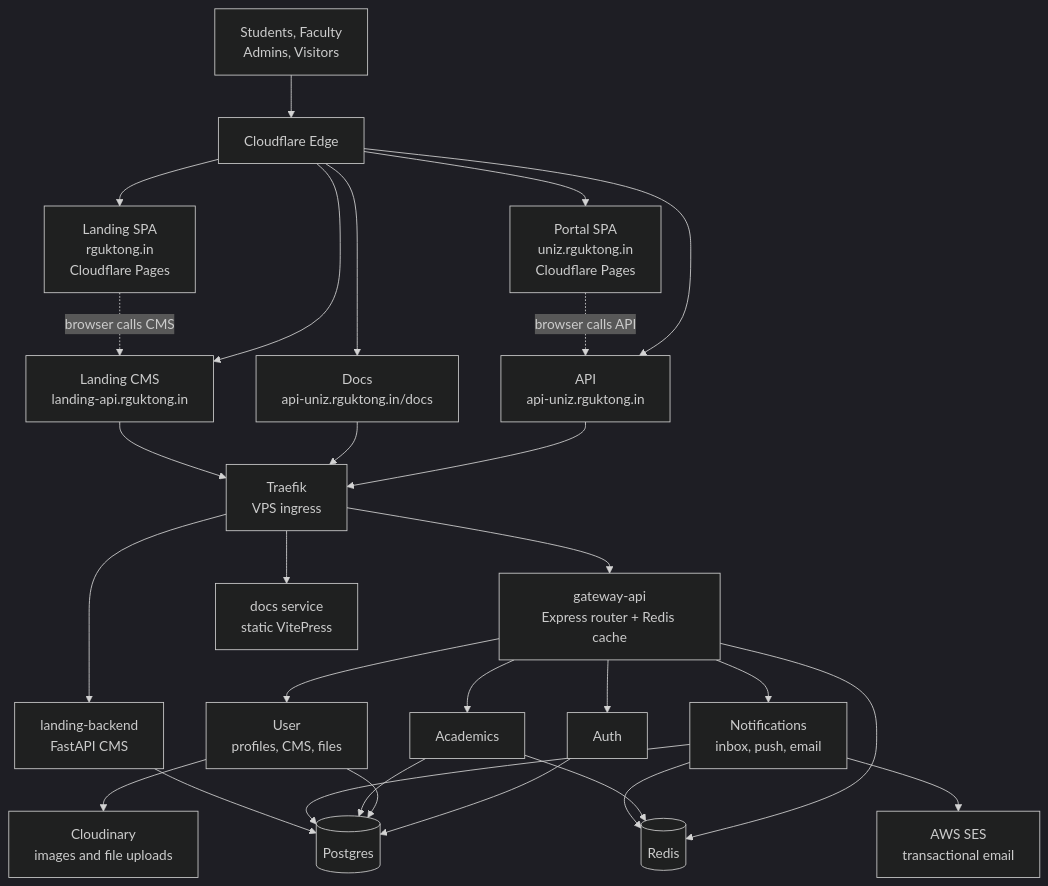
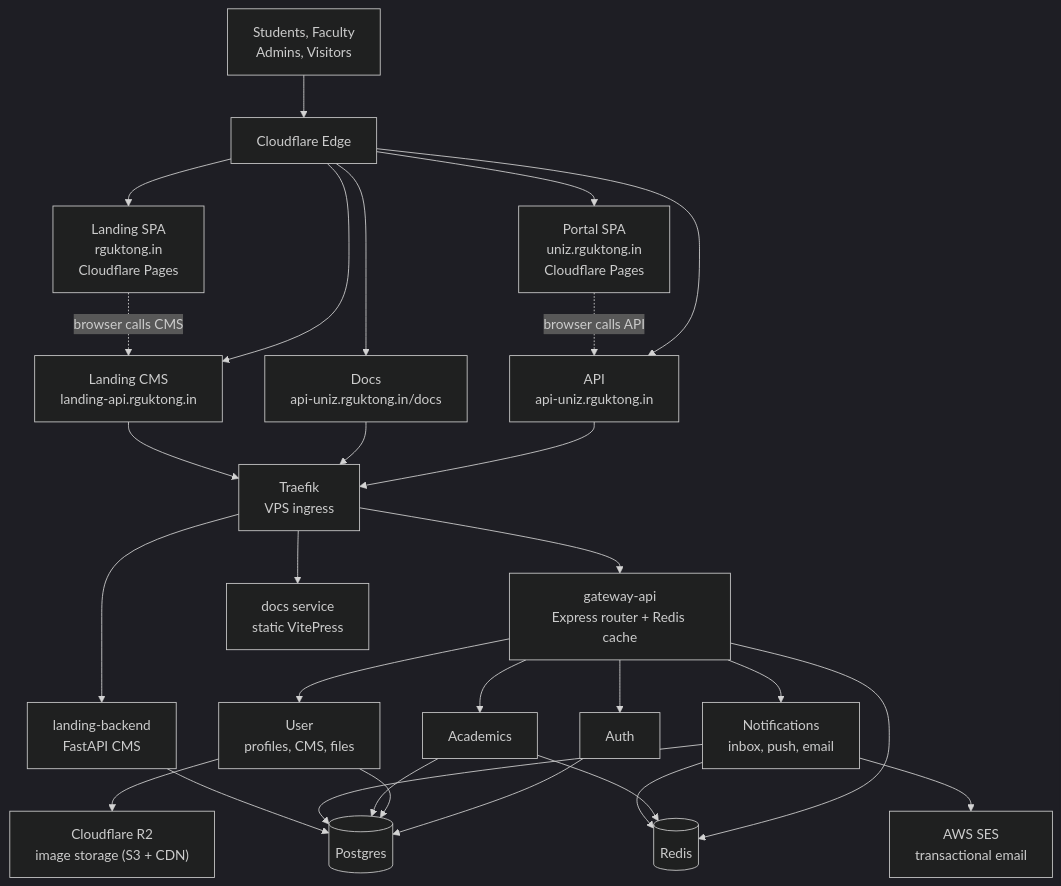
Before and after one commit to uniz-rguktong/uniz-master: the first of 2 diagrams in README.md, drawn with Mermaid (dark theme). The commit also changed other lines of this file and 38 other files, not shown here.

````diff
--- a/README.md
+++ b/README.md
@@ -9,39 +9,39 @@
 ```mermaid
 flowchart TB
   Users["Students, Faculty<br/>Admins, Visitors"] --> CF["Cloudflare Edge"]
 
   CF --> Portal["Portal SPA<br/>uniz.rguktong.in<br/>Cloudflare Pages"]
   CF --> Landing["Landing SPA<br/>rguktong.in<br/>Cloudflare Pages"]
   CF --> API["API<br/>api-uniz.rguktong.in"]
   CF --> Docs["Docs<br/>api-uniz.rguktong.in/docs"]
   CF --> LandingAPI["Landing CMS<br/>landing-api.rguktong.in"]
 
   API --> Traefik["Traefik<br/>VPS ingress"]
   Docs --> Traefik
   LandingAPI --> Traefik
 
   Traefik --> GW["gateway-api<br/>Express router + Redis cache"]
   Traefik --> DocsSvc["docs service<br/>static VitePress"]
   Traefik --> LandingBE["landing-backend<br/>FastAPI CMS"]
 
   GW --> Auth["Auth"]
   GW --> User["User<br/>profiles, CMS, files"]
   GW --> Academics["Academics"]
   GW --> Notif["Notifications<br/>inbox, push, email"]
 
   Auth --> PG[("Postgres")]
   User --> PG
   Academics --> PG
   Notif --> PG
   LandingBE --> PG
 
   GW --> Redis[("Redis")]
   Academics --> Redis
   Notif --> Redis
 
-  User --> Cloudinary["Cloudinary<br/>images and file uploads"]
+  User --> R2["Cloudflare R2<br/>image storage (S3 + CDN)"]
   Notif --> SES["AWS SES<br/>transactional email"]
 
   Portal -.->|browser calls API| API
   Landing -.->|browser calls CMS| LandingAPI
 ```
````
